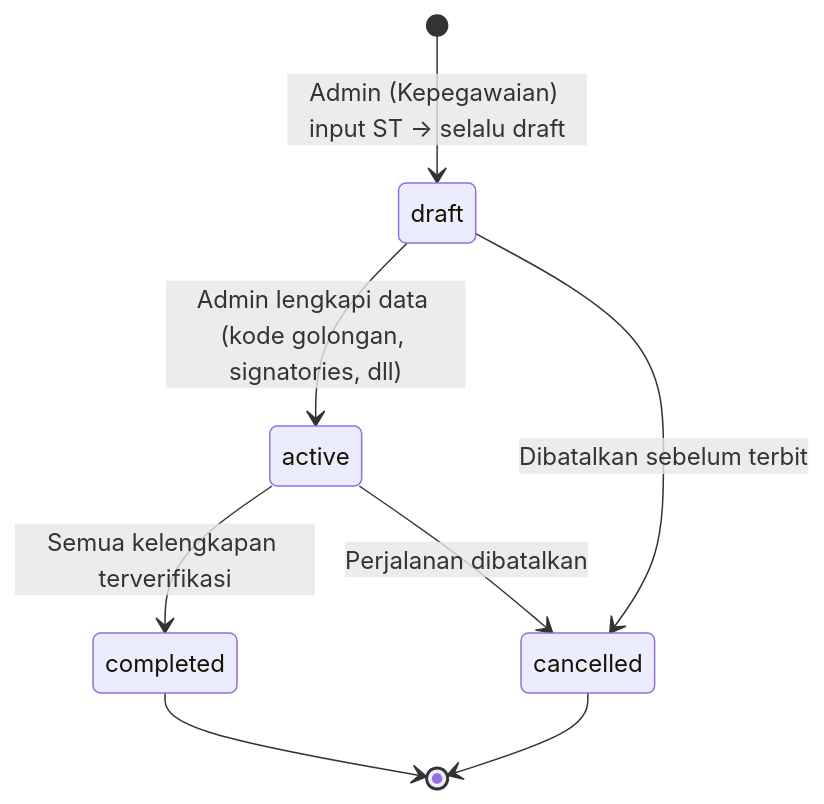
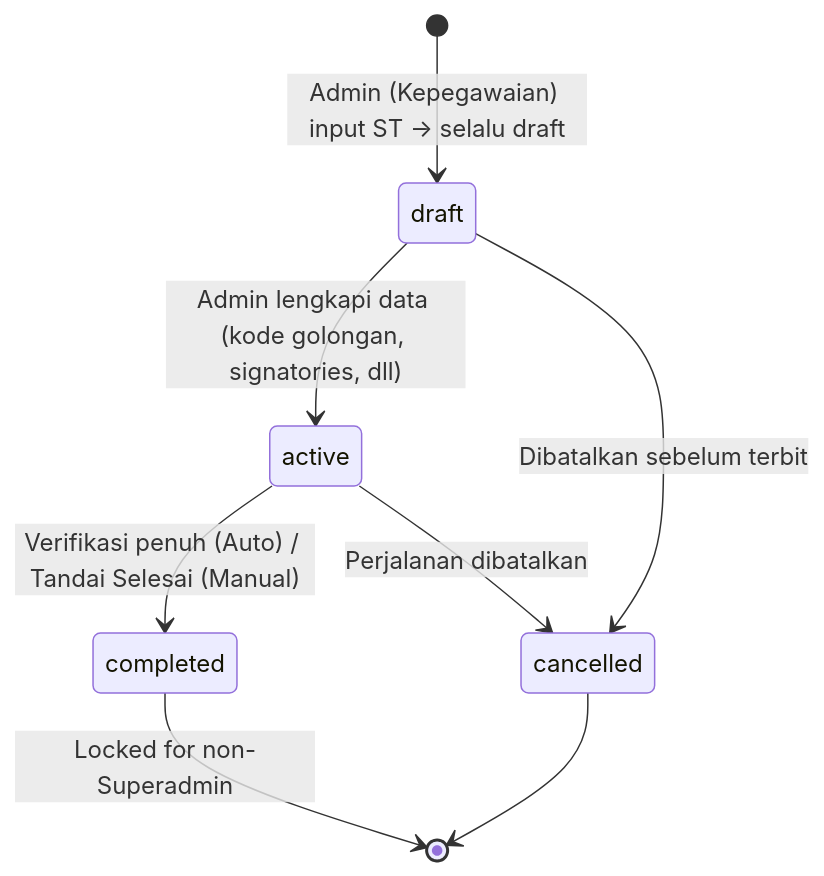
One commit to Apriiansh/perjadin-polsri changed the fourth of 5 diagrams in perjadin.md. Above: the diagram before and after it, drawn with Mermaid. The commit also changed other lines of this file and 14 other files, not shown here.

````diff
--- a/perjadin.md
+++ b/perjadin.md
@@ -370,10 +383,10 @@
 ```mermaid
 stateDiagram-v2
     [*] --> draft : Admin (Kepegawaian) input ST → selalu draft
     draft --> active : Admin lengkapi data (kode golongan, signatories, dll)
-    active --> completed : Semua kelengkapan terverifikasi
+    active --> completed : Verifikasi penuh (Auto) / Tandai Selesai (Manual)
     active --> cancelled : Perjalanan dibatalkan
     draft --> cancelled : Dibatalkan sebelum terbit
-    completed --> [*]
+    completed --> [*] : Locked for non-Superadmin
     cancelled --> [*]
 ```
````
